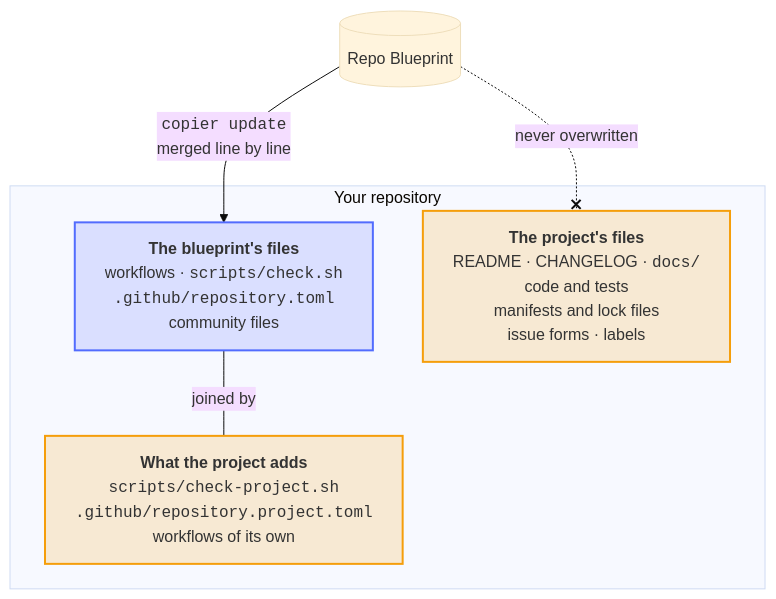
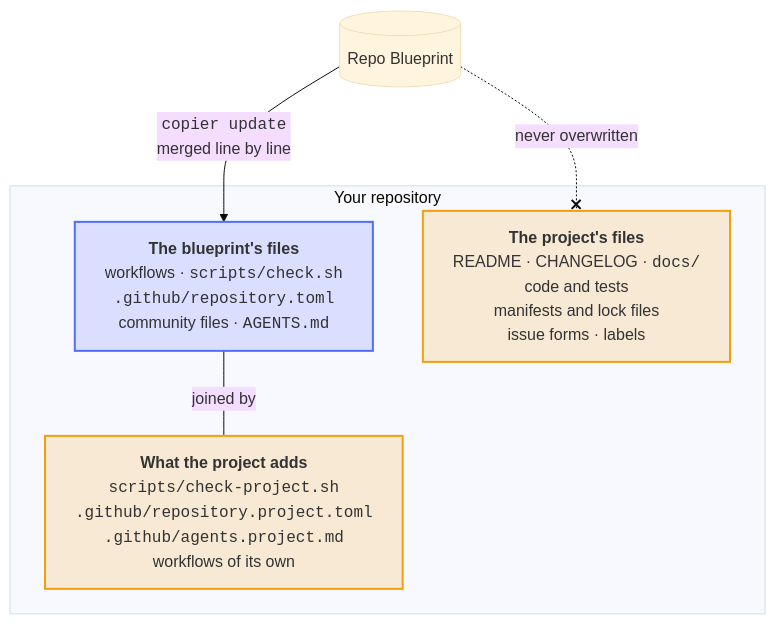
Before and after one commit to Dennis-Otto/repo-blueprint: the eighth of 9 diagrams in README.md, drawn with Mermaid (base theme). The commit also changed other lines of this file and 17 other files, not shown here.

First line of the commit message:
feat: AGENTS.md for coding agents in every repository

````diff
--- a/README.md
+++ b/README.md
@@ -386,27 +387,27 @@
 ```mermaid
 ---
 config:
   flowchart:
     wrappingWidth: 400
 ---
 flowchart TB
     accTitle: What belongs to the blueprint and what to the project
-    accDescr: copier update brings the changes of the blueprint's files, merged line by line with the changes of the repository, and never overwrites the files of the project. A project adds checks, settings and workflows of its own beside those of the blueprint.
+    accDescr: copier update brings the changes of the blueprint's files, merged line by line with the changes of the repository, and never overwrites the files of the project. A project adds checks, settings, notes for coding agents and workflows of its own beside those of the blueprint.
 
     blueprint[("Repo Blueprint")]
 
     subgraph repo ["Your repository"]
-        theirs["<b>The blueprint's files</b><br>workflows · <code>scripts/check.sh</code><br><code>.github/repository.toml</code><br>community files"]
+        theirs["<b>The blueprint's files</b><br>workflows · <code>scripts/check.sh</code><br><code>.github/repository.toml</code><br>community files · <code>AGENTS.md</code>"]
         mine["<b>The project's files</b><br>README · CHANGELOG · <code>docs/</code><br>code and tests<br>manifests and lock files<br>issue forms · labels"]
-        adds["<b>What the project adds</b><br><code>scripts/check-project.sh</code><br><code>.github/repository.project.toml</code><br>workflows of its own"]
+        adds["<b>What the project adds</b><br><code>scripts/check-project.sh</code><br><code>.github/repository.project.toml</code><br><code>.github/agents.project.md</code><br>workflows of its own"]
     end
 
     blueprint -- "<code>copier update</code><br>merged line by line" --> theirs
     blueprint -. "never overwritten" .-x mine
     theirs -- "joined by" --- adds
 
     classDef bot fill:#526cfe2e,stroke:#526cfe,stroke-width:2px
     classDef person fill:#f59e0b2e,stroke:#f59e0b,stroke-width:2px
     class theirs bot
     class mine,adds person
 ```
````
